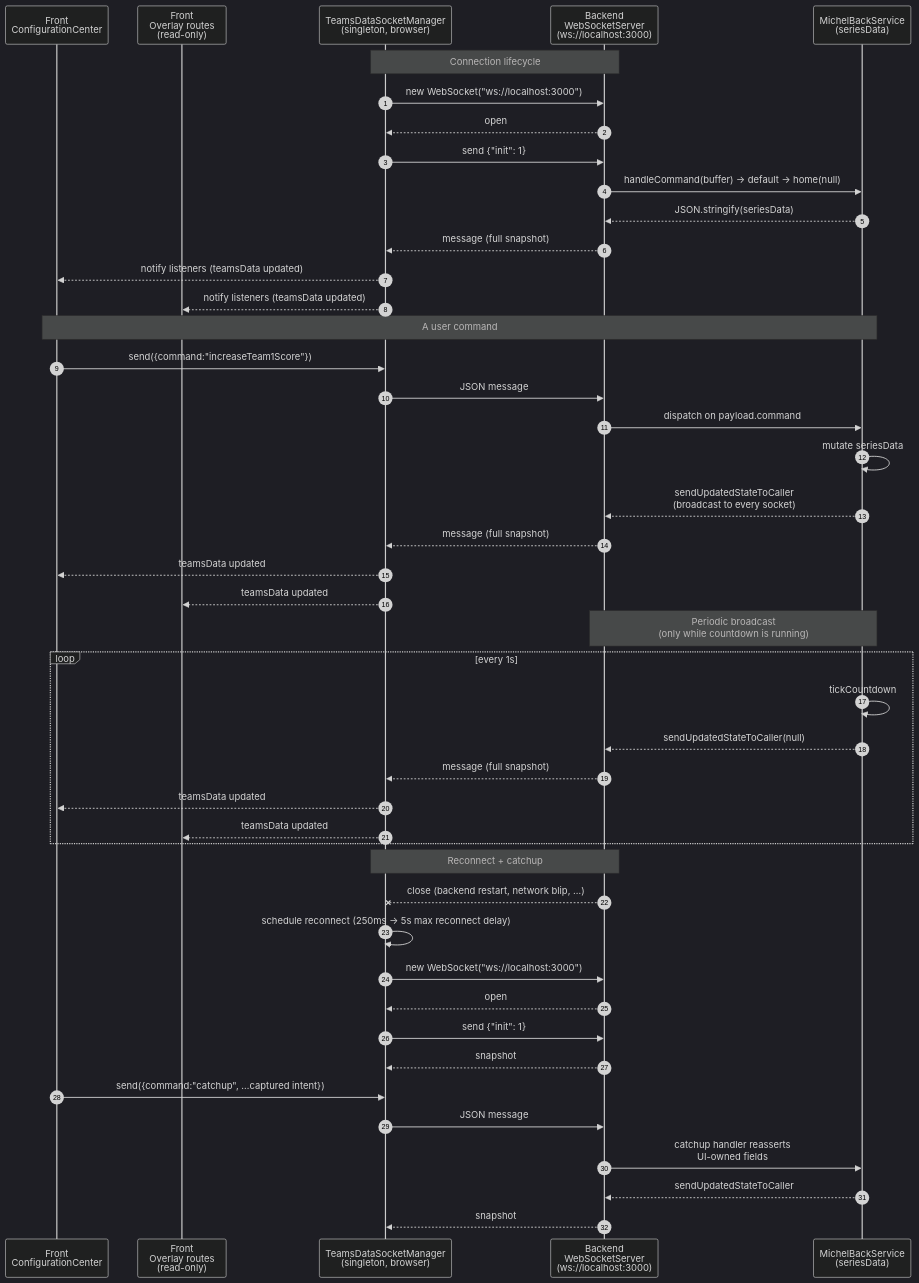
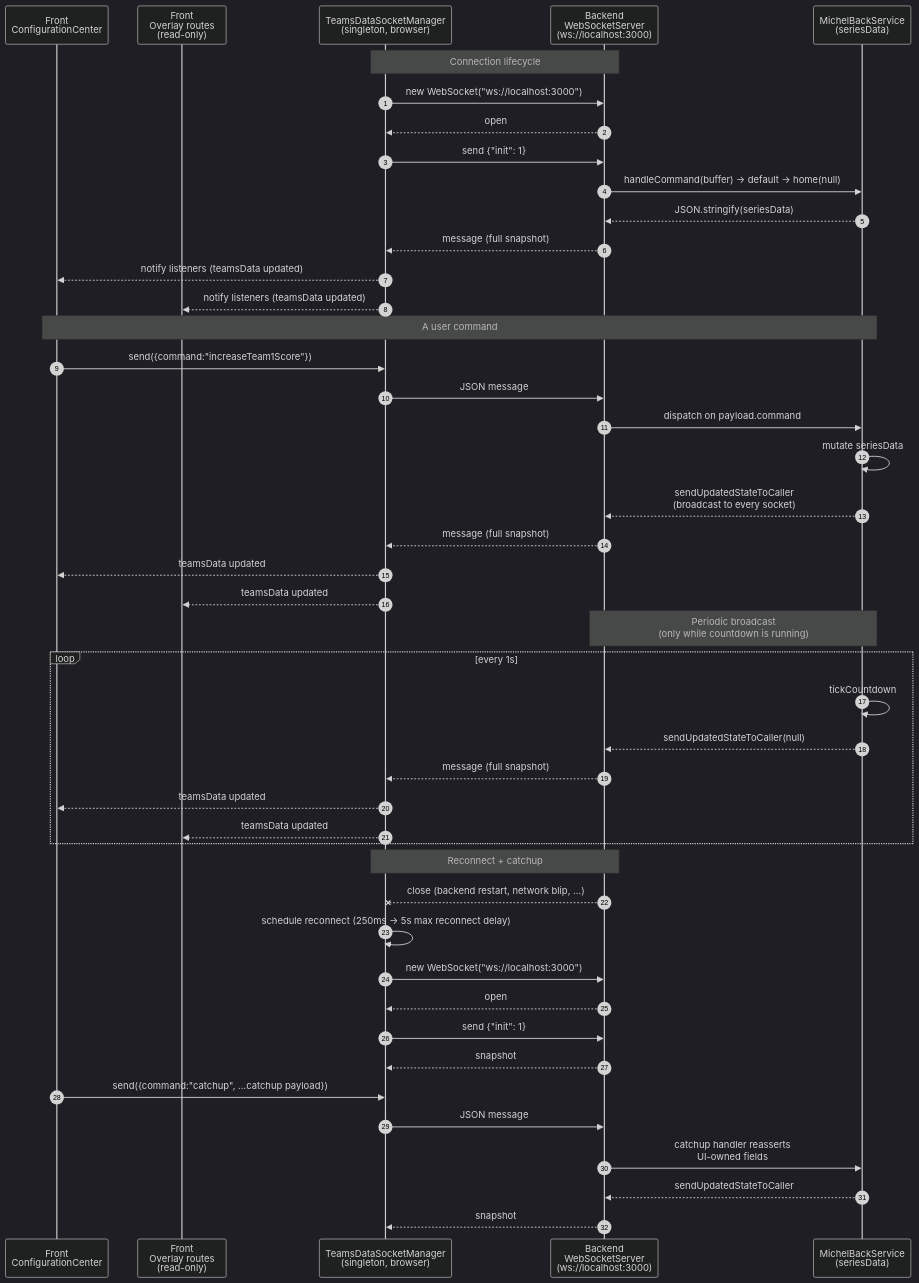
Before and after one commit to hoshin/MICHEL: the second of 2 diagrams in Architecture.md, drawn with Mermaid (dark theme). The commit also changed other lines of this file, not shown here.

Commit message:
fix(architecture-doc): :rabbit: suggestions

````diff
--- a/Architecture.md
+++ b/Architecture.md
@@ -202,51 +204,51 @@
 ```mermaid
 sequenceDiagram
     autonumber
     participant CC as Front<br/>ConfigurationCenter
     participant OV as Front<br/>Overlay routes<br/>(read-only)
     participant TM as TeamsDataSocketManager<br/>(singleton, browser)
     participant WS as Backend<br/>WebSocketServer<br/>(ws://localhost:3000)
     participant SVC as MichelBackService<br/>(seriesData)
 
     Note over TM,WS: Connection lifecycle
     TM->>WS: new WebSocket("ws://localhost:3000")
     WS-->>TM: open
     TM->>WS: send {"init": 1}
     WS->>SVC: handleCommand(buffer) → default → home(null)
     SVC-->>WS: JSON.stringify(seriesData)
     WS-->>TM: message (full snapshot)
     TM-->>CC: notify listeners (teamsData updated)
     TM-->>OV: notify listeners (teamsData updated)
 
     Note over CC,SVC: A user command
     CC->>TM: send({command:"increaseTeam1Score"})
     TM->>WS: JSON message
     WS->>SVC: dispatch on payload.command
     SVC->>SVC: mutate seriesData
     SVC-->>WS: sendUpdatedStateToCaller<br/>(broadcast to every socket)
     WS-->>TM: message (full snapshot)
     TM-->>CC: teamsData updated
     TM-->>OV: teamsData updated
 
     Note over SVC,WS: Periodic broadcast<br/>(only while countdown is running)
     loop every 1s
         SVC->>SVC: tickCountdown
         SVC-->>WS: sendUpdatedStateToCaller(null)
         WS-->>TM: message (full snapshot)
         TM-->>CC: teamsData updated
         TM-->>OV: teamsData updated
     end
 
     Note over TM,WS: Reconnect + catchup
     WS--xTM: close (backend restart, network blip, …)
     TM->>TM: schedule reconnect (250ms → 5s max reconnect delay)
     TM->>WS: new WebSocket("ws://localhost:3000")
     WS-->>TM: open
     TM->>WS: send {"init": 1}
     WS-->>TM: snapshot
-    CC->>TM: send({command:"catchup", …captured intent})
+    CC->>TM: send({command:"catchup", …catchup payload})
     TM->>WS: JSON message
     WS->>SVC: catchup handler reasserts<br/>UI-owned fields
     SVC-->>WS: sendUpdatedStateToCaller
     WS-->>TM: snapshot
 ```
````
